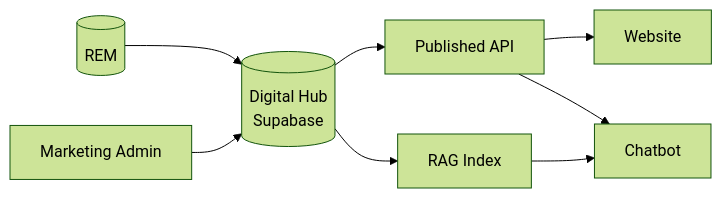
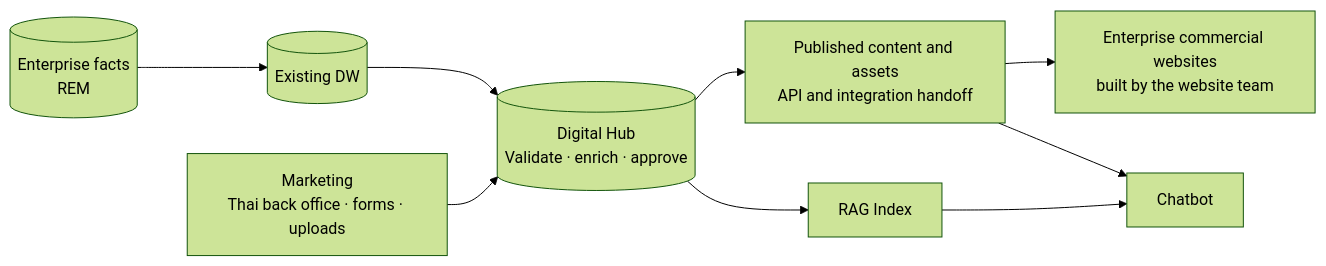
The diagram in README.md (Keetawon/sena_digital_hub_mkt), drawn with Mermaid (forest theme) before and after one commit. The commit also changed other lines of this file and 13 other files, not shown here.

First line of the commit message:
docs: define residential Hub scope and website data handoff

````diff
--- a/README.md
+++ b/README.md
@@ -6,10 +10,11 @@
 ```mermaid
 flowchart LR
-    REM[("REM")] --> HUB
-    MKT["Marketing Admin"] --> HUB
-    HUB[("Digital Hub<br/>Supabase")] --> API["Published API"]
+    REM[("Enterprise facts<br/>REM")] --> DW[("Existing DW")]
+    DW --> HUB
+    MKT["Marketing<br/>Thai back office · forms · uploads"] --> HUB
+    HUB[("Digital Hub<br/>Validate · enrich · approve")] --> API["Published content and assets<br/>API and integration handoff"]
     HUB --> RAG["RAG Index"]
-    API --> WEB["Website"]
+    API --> WEB["Enterprise commercial websites<br/>built by the website team"]
     API --> BOT["Chatbot"]
     RAG --> BOT
 ```
````
